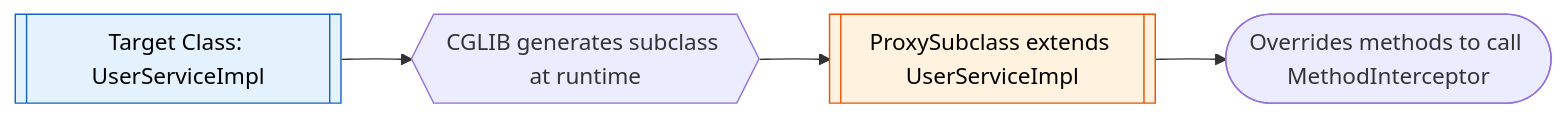
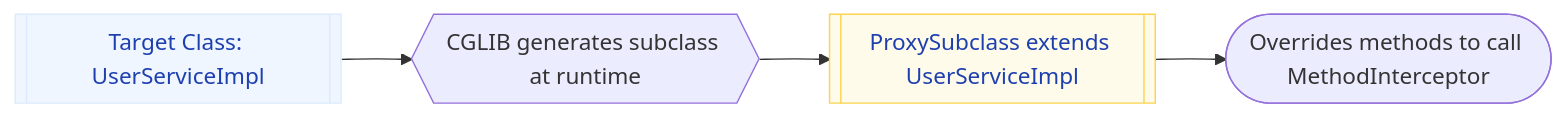
The second of 3 diagrams in docs/java/DynamicProxy.md (saivamsikaruturi/vamsilabs-dev-notes-main), drawn with Mermaid before and after one commit. The commit also changed other lines of this file and 220 other files, not shown here.

First line of the commit message:
Add 50+ new Java/Spring Boot pages, rewrite CSS code blocks to Oracle style, fix all diagram colors

````diff
--- a/docs/java/DynamicProxy.md
+++ b/docs/java/DynamicProxy.md
@@ -276,9 +276,9 @@
 ```mermaid
 flowchart LR
     A[["Target Class: UserServiceImpl"]] --> B{{"CGLIB generates subclass at runtime"}}
     B --> C[["ProxySubclass extends UserServiceImpl"]]
     C --> D(["Overrides methods to call MethodInterceptor"])
 
-    style A fill:#E3F2FD,stroke:#1565C0,color:#000
-    style C fill:#FFF3E0,stroke:#E65100,color:#000
+    style A fill:#EFF6FF,stroke:#DBEAFE,color:#1E40AF
+    style C fill:#FFFBEB,stroke:#FCD34D,color:#1E40AF
 ```
````
